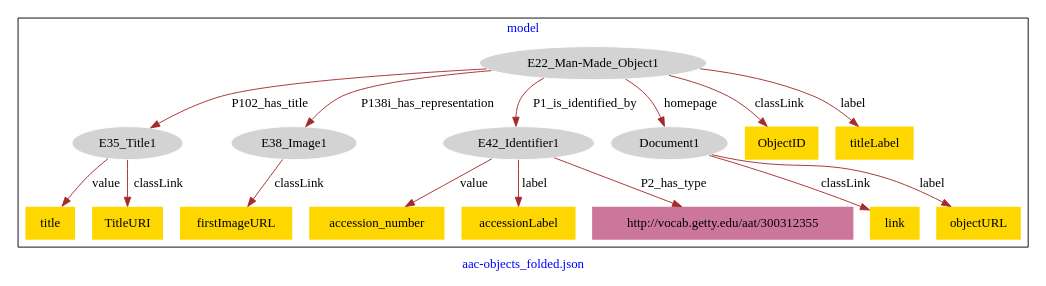
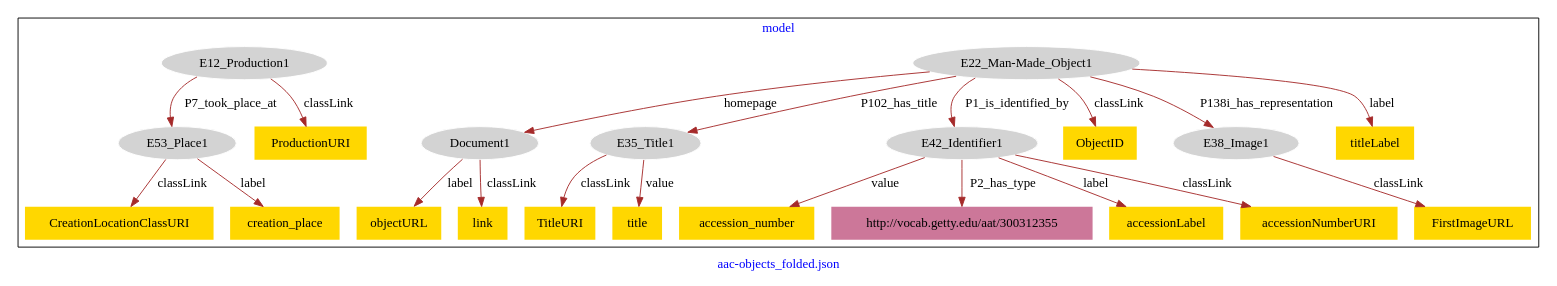
Before and after one commit to american-art/ima: the diagram in aac-objects/aac-objects-model.dot, drawn with Graphviz.

Commit message:
Update file aac-objects-model.dot

```diff
--- a/aac-objects/aac-objects-model.dot
+++ b/aac-objects/aac-objects-model.dot
@@ -1,37 +1,48 @@
 digraph n0 {
 fontcolor="blue"
 remincross="true"
 label="aac-objects_folded.json"
 subgraph cluster {
 label="model"
-n2[style="filled",color="white",fillcolor="lightgray",label="E22_Man-Made_Object1"];
-n3[style="filled",color="white",fillcolor="lightgray",label="E35_Title1"];
-n4[style="filled",color="white",fillcolor="lightgray",label="E38_Image1"];
-n5[style="filled",color="white",fillcolor="lightgray",label="E42_Identifier1"];
-n6[style="filled",color="white",fillcolor="lightgray",label="Document1"];
-n7[shape="plaintext",style="filled",fillcolor="gold",label="accession_number"];
-n8[shape="plaintext",style="filled",fillcolor="gold",label="ObjectID"];
-n9[shape="plaintext",style="filled",fillcolor="gold",label="firstImageURL"];
-n10[shape="plaintext",style="filled",fillcolor="gold",label="link"];
-n11[shape="plaintext",style="filled",fillcolor="gold",label="objectURL"];
-n12[shape="plaintext",style="filled",fillcolor="gold",label="titleLabel"];
-n13[shape="plaintext",style="filled",fillcolor="gold",label="title"];
-n14[shape="plaintext",style="filled",fillcolor="gold",label="TitleURI"];
-n15[shape="plaintext",style="filled",fillcolor="gold",label="accessionLabel"];
-n16[shape="plaintext",style="filled",fillcolor="#CC7799",label="http://vocab.getty.edu/aat/300312355"];
+n2[style="filled",color="white",fillcolor="lightgray",label="E53_Place1"];
+n3[shape="plaintext",style="filled",fillcolor="gold",label="CreationLocationClassURI"];
+n4[style="filled",color="white",fillcolor="lightgray",label="Document1"];
+n5[shape="plaintext",style="filled",fillcolor="gold",label="objectURL"];
+n6[style="filled",color="white",fillcolor="lightgray",label="E22_Man-Made_Object1"];
+n7[style="filled",color="white",fillcolor="lightgray",label="E35_Title1"];
+n8[style="filled",color="white",fillcolor="lightgray",label="E42_Identifier1"];
+n9[shape="plaintext",style="filled",fillcolor="gold",label="TitleURI"];
+n10[shape="plaintext",style="filled",fillcolor="gold",label="accession_number"];
+n11[style="filled",color="white",fillcolor="lightgray",label="E12_Production1"];
+n12[shape="plaintext",style="filled",fillcolor="gold",label="ProductionURI"];
+n13[shape="plaintext",style="filled",fillcolor="gold",label="link"];
+n14[shape="plaintext",style="filled",fillcolor="gold",label="creation_place"];
+n15[shape="plaintext",style="filled",fillcolor="gold",label="ObjectID"];
+n16[style="filled",color="white",fillcolor="lightgray",label="E38_Image1"];
+n17[shape="plaintext",style="filled",fillcolor="gold",label="FirstImageURL"];
+n18[shape="plaintext",style="filled",fillcolor="gold",label="titleLabel"];
+n19[shape="plaintext",style="filled",fillcolor="#CC7799",label="http://vocab.getty.edu/aat/300312355"];
+n20[shape="plaintext",style="filled",fillcolor="gold",label="title"];
+n21[shape="plaintext",style="filled",fillcolor="gold",label="accessionLabel"];
+n22[shape="plaintext",style="filled",fillcolor="gold",label="accessionNumberURI"];
 }
-n2 -> n3[color="brown",fontcolor="black",label="P102_has_title"]
-n2 -> n4[color="brown",fontcolor="black",label="P138i_has_representation"]
-n2 -> n5[color="brown",fontcolor="black",label="P1_is_identified_by"]
-n2 -> n6[color="brown",fontcolor="black",label="homepage"]
-n5 -> n7[color="brown",fontcolor="black",label="value"]
-n2 -> n8[color="brown",fontcolor="black",label="classLink"]
-n4 -> n9[color="brown",fontcolor="black",label="classLink"]
-n6 -> n10[color="brown",fontcolor="black",label="classLink"]
-n6 -> n11[color="brown",fontcolor="black",label="label"]
-n2 -> n12[color="brown",fontcolor="black",label="label"]
-n3 -> n13[color="brown",fontcolor="black",label="value"]
-n3 -> n14[color="brown",fontcolor="black",label="classLink"]
-n5 -> n15[color="brown",fontcolor="black",label="label"]
-n5 -> n16[color="brown",fontcolor="black",label="P2_has_type"]
+n2 -> n3[color="brown",fontcolor="black",label="classLink"]
+n4 -> n5[color="brown",fontcolor="black",label="label"]
+n6 -> n7[color="brown",fontcolor="black",label="P102_has_title"]
+n6 -> n8[color="brown",fontcolor="black",label="P1_is_identified_by"]
+n7 -> n9[color="brown",fontcolor="black",label="classLink"]
+n8 -> n10[color="brown",fontcolor="black",label="value"]
+n11 -> n12[color="brown",fontcolor="black",label="classLink"]
+n4 -> n13[color="brown",fontcolor="black",label="classLink"]
+n2 -> n14[color="brown",fontcolor="black",label="label"]
+n6 -> n15[color="brown",fontcolor="black",label="classLink"]
+n16 -> n17[color="brown",fontcolor="black",label="classLink"]
+n6 -> n18[color="brown",fontcolor="black",label="label"]
+n6 -> n16[color="brown",fontcolor="black",label="P138i_has_representation"]
+n6 -> n4[color="brown",fontcolor="black",label="homepage"]
+n8 -> n19[color="brown",fontcolor="black",label="P2_has_type"]
+n7 -> n20[color="brown",fontcolor="black",label="value"]
+n8 -> n21[color="brown",fontcolor="black",label="label"]
+n8 -> n22[color="brown",fontcolor="black",label="classLink"]
+n11 -> n2[color="brown",fontcolor="black",label="P7_took_place_at"]
 }
```
